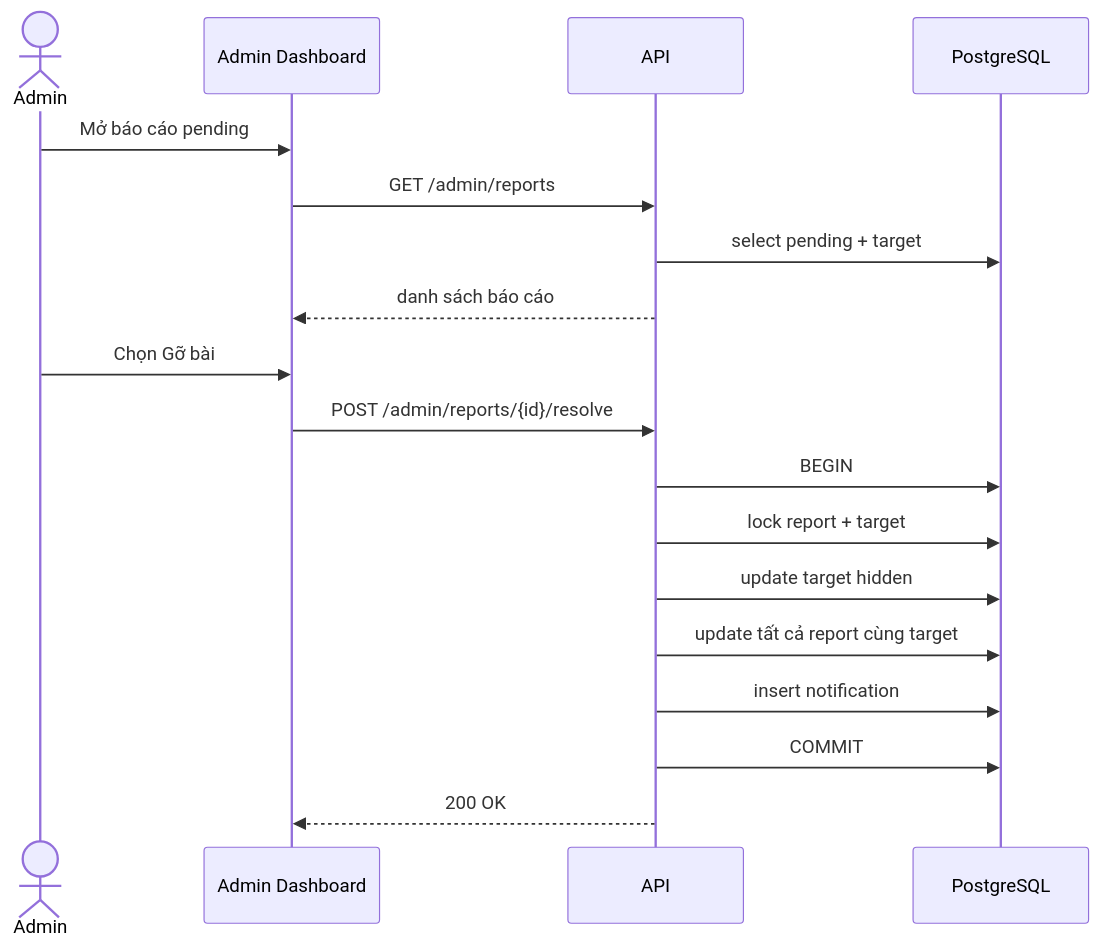
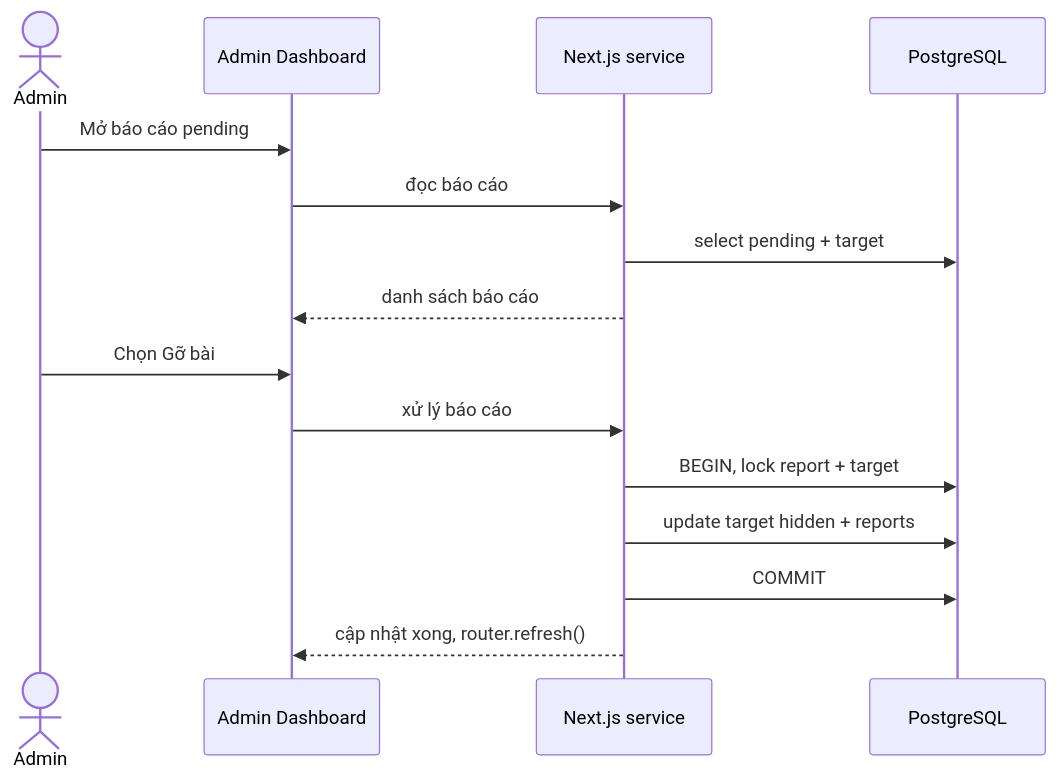
The sixth of 8 diagrams in docs/diagrams.md (Smokiestfox/sivi-app), drawn with Mermaid before and after one commit. The commit also changed other lines of this file and 31 other files, not shown here.

````diff
--- a/docs/diagrams.md
+++ b/docs/diagrams.md
@@ -176,22 +179,19 @@
-~~~mermaid
+```mermaid
 sequenceDiagram
     actor AD as Admin
     participant UI as Admin Dashboard
-    participant API as API
+    participant SERVER as Next.js service
     participant DB as PostgreSQL
 
     AD->>UI: Mở báo cáo pending
-    UI->>API: GET /admin/reports
-    API->>DB: select pending + target
-    API-->>UI: danh sách báo cáo
+    UI->>SERVER: đọc báo cáo
+    SERVER->>DB: select pending + target
+    SERVER-->>UI: danh sách báo cáo
 
     AD->>UI: Chọn Gỡ bài
-    UI->>API: POST /admin/reports/{id}/resolve
-    API->>DB: BEGIN
-    API->>DB: lock report + target
-    API->>DB: update target hidden
-    API->>DB: update tất cả report cùng target
-    API->>DB: insert notification
-    API->>DB: COMMIT
-    API-->>UI: 200 OK
-~~~
+    UI->>SERVER: xử lý báo cáo
+    SERVER->>DB: BEGIN, lock report + target
+    SERVER->>DB: update target hidden + reports
+    SERVER->>DB: COMMIT
+    SERVER-->>UI: cập nhật xong, router.refresh()
+```
````
